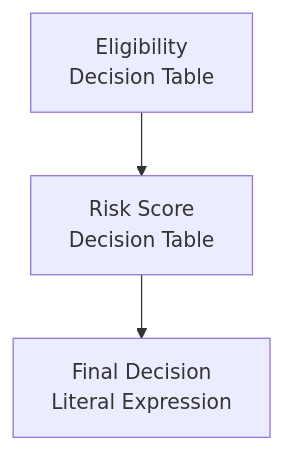
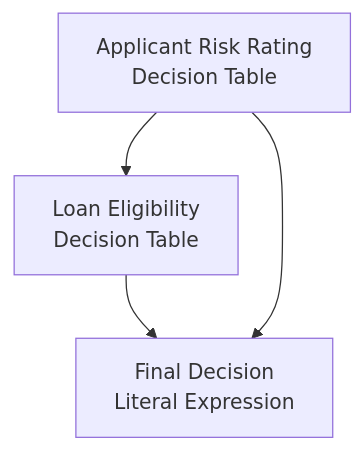
Before and after one commit to jppop/dmn2md: the diagram in testdata/expected/loan-approval.md, drawn with Mermaid. The commit also changed other lines of this file and 1 other file, not shown here.

````diff
--- a/testdata/expected/loan-approval.md
+++ b/testdata/expected/loan-approval.md
@@ -11,9 +11,10 @@
 ```mermaid
 flowchart TD
-  eligibility["Eligibility\nDecision Table"]
-  risk_score["Risk Score\nDecision Table"]
-  final_decision["Final Decision\nLiteral Expression"]
+  applicantRiskRating["Applicant Risk Rating\nDecision Table"]
+  loanEligibility["Loan Eligibility\nDecision Table"]
+  finalDecision["Final Decision\nLiteral Expression"]
 
-  eligibility --> risk_score
-  risk_score --> final_decision
+  applicantRiskRating --> loanEligibility
+  loanEligibility --> finalDecision
+  applicantRiskRating --> finalDecision
 ```
````
